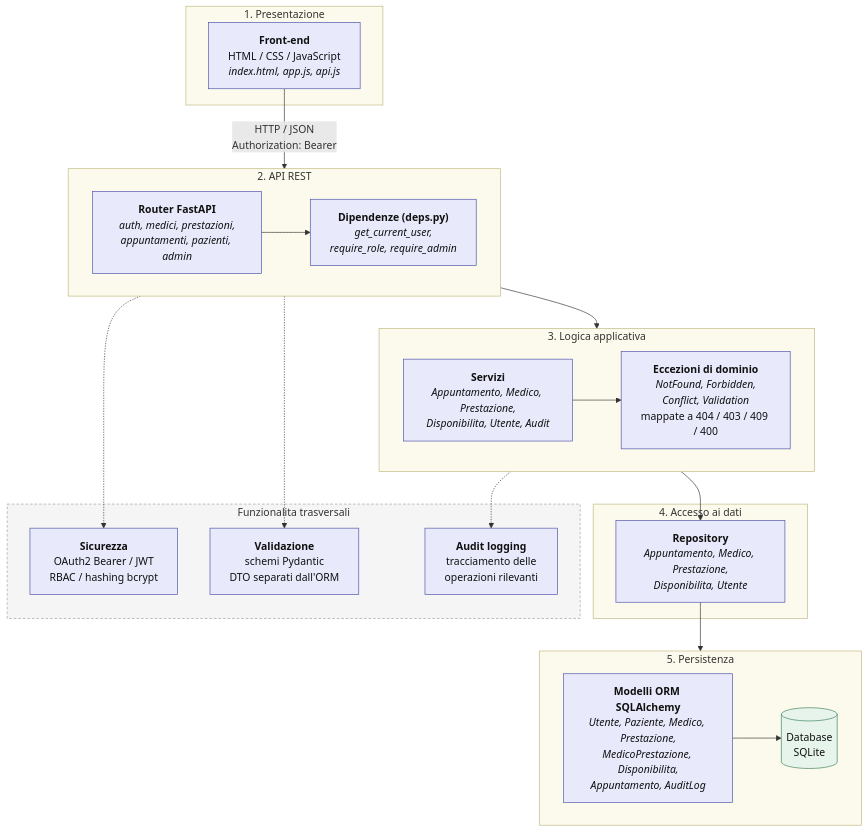
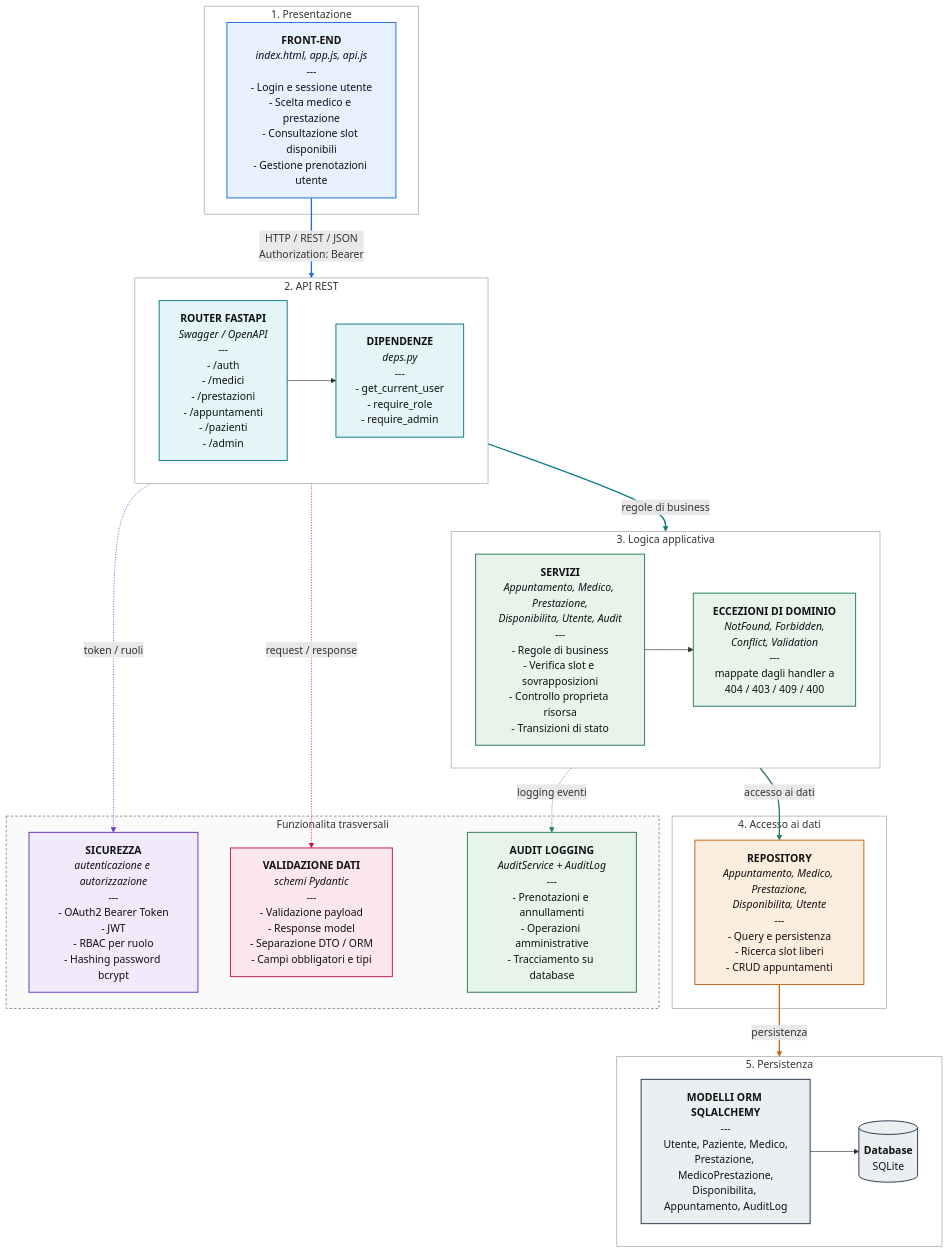
Before and after one commit to giovannicarrino-2802/PW16: the diagram in poliambulatorio-prenotazioni/docs/architettura.md, drawn with Mermaid.

````diff
--- a/poliambulatorio-prenotazioni/docs/architettura.md
+++ b/poliambulatorio-prenotazioni/docs/architettura.md
@@ -5,59 +5,80 @@
 ```mermaid
 flowchart TB
 
     subgraph L1["1. Presentazione"]
-        FE["<b>Front-end</b><br/>HTML / CSS / JavaScript<br/><i>index.html, app.js, api.js</i>"]
+        FE["<b>FRONT-END</b><br/><i>index.html, app.js, api.js</i><br/>---<br/>- Login e sessione utente<br/>- Scelta medico e prestazione<br/>- Consultazione slot disponibili<br/>- Gestione prenotazioni utente"]
     end
 
     subgraph L2["2. API REST"]
         direction LR
-        RT["<b>Router FastAPI</b><br/><i>auth, medici, prestazioni,<br/>appuntamenti, pazienti, admin</i>"]
-        DEP["<b>Dipendenze (deps.py)</b><br/><i>get_current_user,<br/>require_role, require_admin</i>"]
+        RT["<b>ROUTER FASTAPI</b><br/><i>Swagger / OpenAPI</i><br/>---<br/>- /auth<br/>- /medici<br/>- /prestazioni<br/>- /appuntamenti<br/>- /pazienti<br/>- /admin"]
+        DEP["<b>DIPENDENZE</b><br/><i>deps.py</i><br/>---<br/>- get_current_user<br/>- require_role<br/>- require_admin"]
         RT --> DEP
     end
 
     subgraph L3["3. Logica applicativa"]
         direction LR
-        SVC["<b>Servizi</b><br/><i>Appuntamento, Medico, Prestazione,<br/>Disponibilita, Utente, Audit</i>"]
-        EXC["<b>Eccezioni di dominio</b><br/><i>NotFound, Forbidden,<br/>Conflict, Validation</i><br/>mappate a 404 / 403 / 409 / 400"]
+        SVC["<b>SERVIZI</b><br/><i>Appuntamento, Medico, Prestazione,<br/>Disponibilita, Utente, Audit</i><br/>---<br/>- Regole di business<br/>- Verifica slot e sovrapposizioni<br/>- Controllo proprieta risorsa<br/>- Transizioni di stato"]
+        EXC["<b>ECCEZIONI DI DOMINIO</b><br/><i>NotFound, Forbidden,<br/>Conflict, Validation</i><br/>---<br/>mappate dagli handler a<br/>404 / 403 / 409 / 400"]
         SVC --> EXC
     end
 
     subgraph L4["4. Accesso ai dati"]
-        REP["<b>Repository</b><br/><i>Appuntamento, Medico, Prestazione,<br/>Disponibilita, Utente</i>"]
+        REP["<b>REPOSITORY</b><br/><i>Appuntamento, Medico, Prestazione,<br/>Disponibilita, Utente</i><br/>---<br/>- Query e persistenza<br/>- Ricerca slot liberi<br/>- CRUD appuntamenti"]
     end
 
     subgraph L5["5. Persistenza"]
         direction LR
-        ORM["<b>Modelli ORM SQLAlchemy</b><br/><i>Utente, Paziente, Medico, Prestazione,<br/>MedicoPrestazione, Disponibilita,<br/>Appuntamento, AuditLog</i>"]
-        DB[("Database<br/>SQLite")]
+        ORM["<b>MODELLI ORM SQLALCHEMY</b><br/>---<br/>Utente, Paziente, Medico,<br/>Prestazione, MedicoPrestazione,<br/>Disponibilita, Appuntamento, AuditLog"]
+        DB[("<b>Database</b><br/>SQLite")]
         ORM --> DB
     end
 
     subgraph TRA["Funzionalita trasversali"]
-        SEC["<b>Sicurezza</b><br/>OAuth2 Bearer / JWT<br/>RBAC / hashing bcrypt"]
-        VAL["<b>Validazione</b><br/>schemi Pydantic<br/>DTO separati dall'ORM"]
-        AUD["<b>Audit logging</b><br/>tracciamento delle<br/>operazioni rilevanti"]
+        SEC["<b>SICUREZZA</b><br/><i>autenticazione e autorizzazione</i><br/>---<br/>- OAuth2 Bearer Token<br/>- JWT<br/>- RBAC per ruolo<br/>- Hashing password bcrypt"]
+        VAL["<b>VALIDAZIONE DATI</b><br/><i>schemi Pydantic</i><br/>---<br/>- Validazione payload<br/>- Response model<br/>- Separazione DTO / ORM<br/>- Campi obbligatori e tipi"]
+        AUD["<b>AUDIT LOGGING</b><br/><i>AuditService + AuditLog</i><br/>---<br/>- Prenotazioni e annullamenti<br/>- Operazioni amministrative<br/>- Tracciamento su database"]
     end
 
-    FE -->|"HTTP / JSON<br/>Authorization: Bearer"| RT
-    RT --> SVC
-    SVC --> REP
-    REP --> ORM
+    FE -->|"HTTP / REST / JSON<br/>Authorization: Bearer"| RT
+    RT -->|"regole di business"| SVC
+    SVC -->|"accesso ai dati"| REP
+    REP -->|"persistenza"| ORM
 
-    DEP -.-> SEC
-    RT -.-> VAL
-    SVC -.-> AUD
+    DEP -.->|"token / ruoli"| SEC
+    RT -.->|"request / response"| VAL
+    SVC -.->|"logging eventi"| AUD
 
-    classDef comp fill:#E8EAFB,stroke:#4A4FA8,stroke-width:1px,color:#111
-    classDef store fill:#E7F4EC,stroke:#3B7F58,stroke-width:1px,color:#111
-    class FE,RT,DEP,SVC,EXC,REP,ORM,SEC,VAL,AUD comp
-    class DB store
+    classDef pres fill:#E7F0FD,stroke:#1E6FD9,stroke-width:1.5px,color:#111
+    classDef api fill:#E3F5F6,stroke:#0E7C86,stroke-width:1.5px,color:#111
+    classDef logic fill:#E6F4EC,stroke:#2E7D5B,stroke-width:1.5px,color:#111
+    classDef data fill:#FCEEDF,stroke:#C2681A,stroke-width:1.5px,color:#111
+    classDef pers fill:#ECEFF1,stroke:#2C3E50,stroke-width:1.5px,color:#111
+    classDef sec fill:#F0EAFB,stroke:#6A3DBF,stroke-width:1.5px,color:#111
+    classDef val fill:#FCE7EF,stroke:#C2185B,stroke-width:1.5px,color:#111
+    classDef aud fill:#E6F4EC,stroke:#2E7D5B,stroke-width:1.5px,color:#111
 
-    style L1 fill:#FCFAEC,stroke:#BFB77F
-    style L2 fill:#FCFAEC,stroke:#BFB77F
-    style L3 fill:#FCFAEC,stroke:#BFB77F
-    style L4 fill:#FCFAEC,stroke:#BFB77F
-    style L5 fill:#FCFAEC,stroke:#BFB77F
-    style TRA fill:#F5F5F5,stroke:#9E9E9E,stroke-dasharray: 4 3
+    class FE pres
+    class RT,DEP api
+    class SVC,EXC logic
+    class REP data
+    class ORM,DB pers
+    class SEC sec
+    class VAL val
+    class AUD aud
+
+    linkStyle 3 stroke:#1E6FD9,stroke-width:2px
+    linkStyle 4 stroke:#0E7C86,stroke-width:2px
+    linkStyle 5 stroke:#2E7D5B,stroke-width:2px
+    linkStyle 6 stroke:#C2681A,stroke-width:2px
+    linkStyle 7 stroke:#6A3DBF
+    linkStyle 8 stroke:#C2185B
+    linkStyle 9 stroke:#2E7D5B
+
+    style L1 fill:#FFFFFF,stroke:#9E9E9E
+    style L2 fill:#FFFFFF,stroke:#9E9E9E
+    style L3 fill:#FFFFFF,stroke:#9E9E9E
+    style L4 fill:#FFFFFF,stroke:#9E9E9E
+    style L5 fill:#FFFFFF,stroke:#9E9E9E
+    style TRA fill:#FAFAFA,stroke:#616161,stroke-dasharray: 4 3
 ```
````
